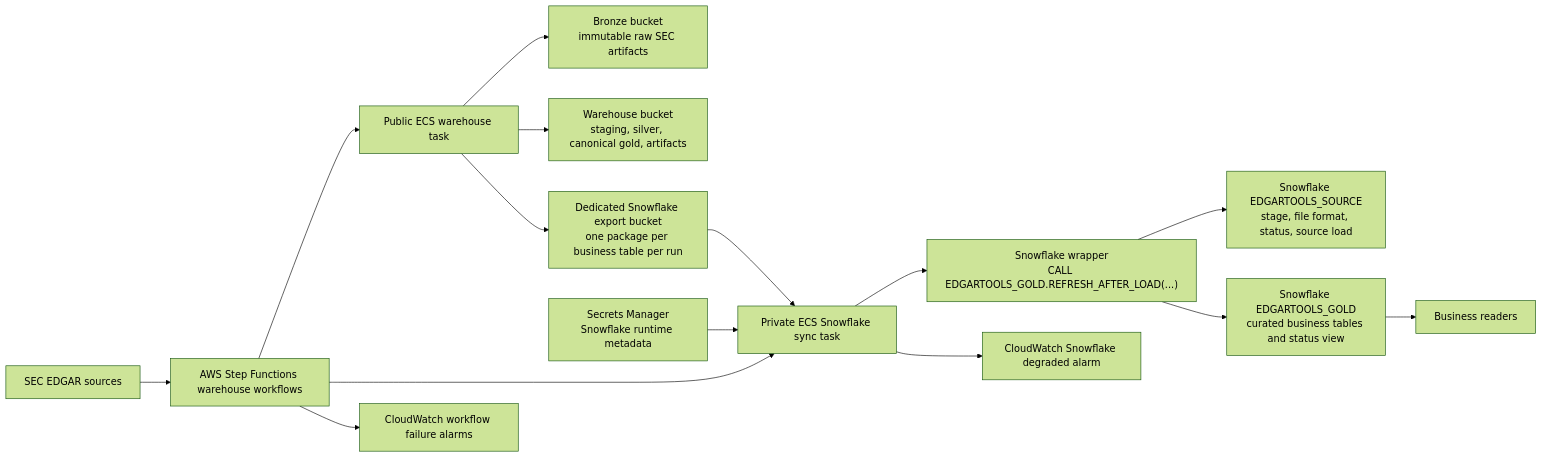
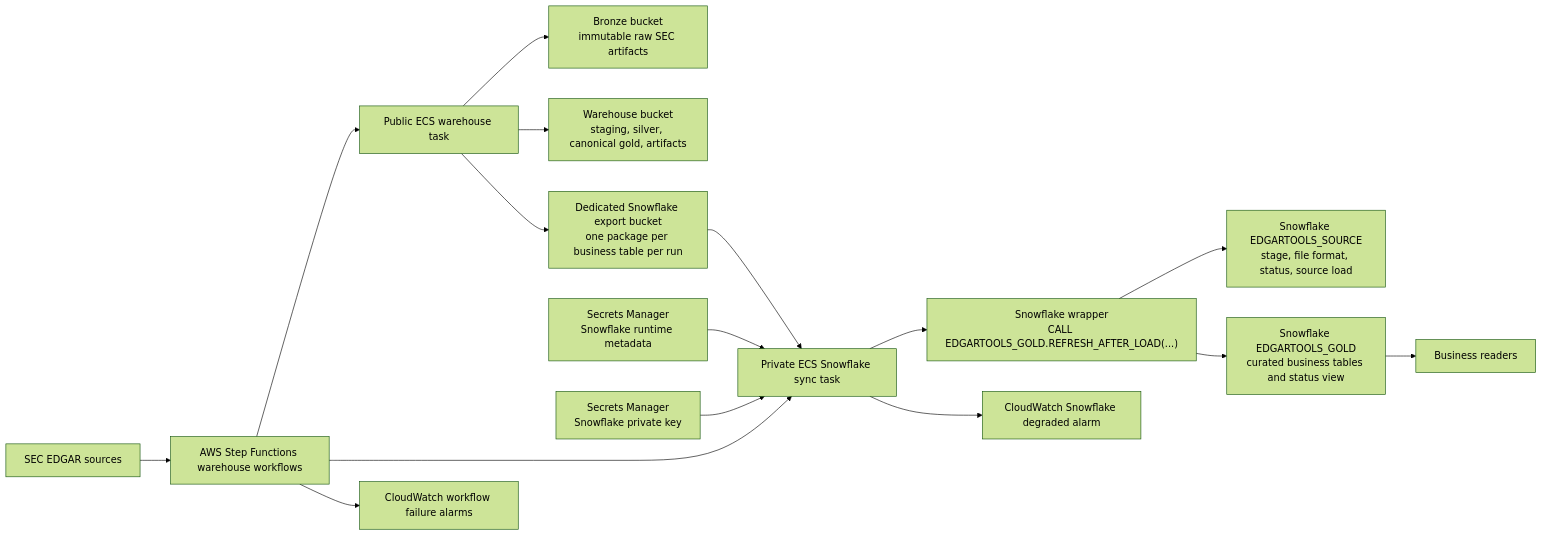
One commit to dgunning/edgartools changed the diagram in specification.md. Above: the diagram before and after it, drawn with Mermaid (forest theme). The commit also changed other lines of this file and 8 other files, not shown here.

First line of the commit message:
feat: add Snowflake WIF key-pair authentication infrastructure

````diff
--- a/specification.md
+++ b/specification.md
@@ -157,17 +171,18 @@
 ```mermaid
 flowchart LR
     sec["SEC EDGAR sources"] --> sfns["AWS Step Functions warehouse workflows"]
     sfns --> wh["Public ECS warehouse task"]
     wh --> bronze["Bronze bucket\nimmutable raw SEC artifacts"]
     wh --> warehouse["Warehouse bucket\nstaging, silver, canonical gold, artifacts"]
     wh --> export["Dedicated Snowflake export bucket\none package per business table per run"]
     sfns --> sync["Private ECS Snowflake sync task"]
     secret["Secrets Manager\nSnowflake runtime metadata"] --> sync
+    privkey["Secrets Manager\nSnowflake private key"] --> sync
     export --> sync
     sync --> wrapper["Snowflake wrapper\nCALL EDGARTOOLS_GOLD.REFRESH_AFTER_LOAD(...)"]
     wrapper --> source["Snowflake EDGARTOOLS_SOURCE\nstage, file format, status, source load"]
     wrapper --> gold["Snowflake EDGARTOOLS_GOLD\ncurated business tables and status view"]
     gold --> users["Business readers"]
     sfns --> failalarm["CloudWatch workflow failure alarms"]
     sync --> degradealarm["CloudWatch Snowflake degraded alarm"]
 ```
````
